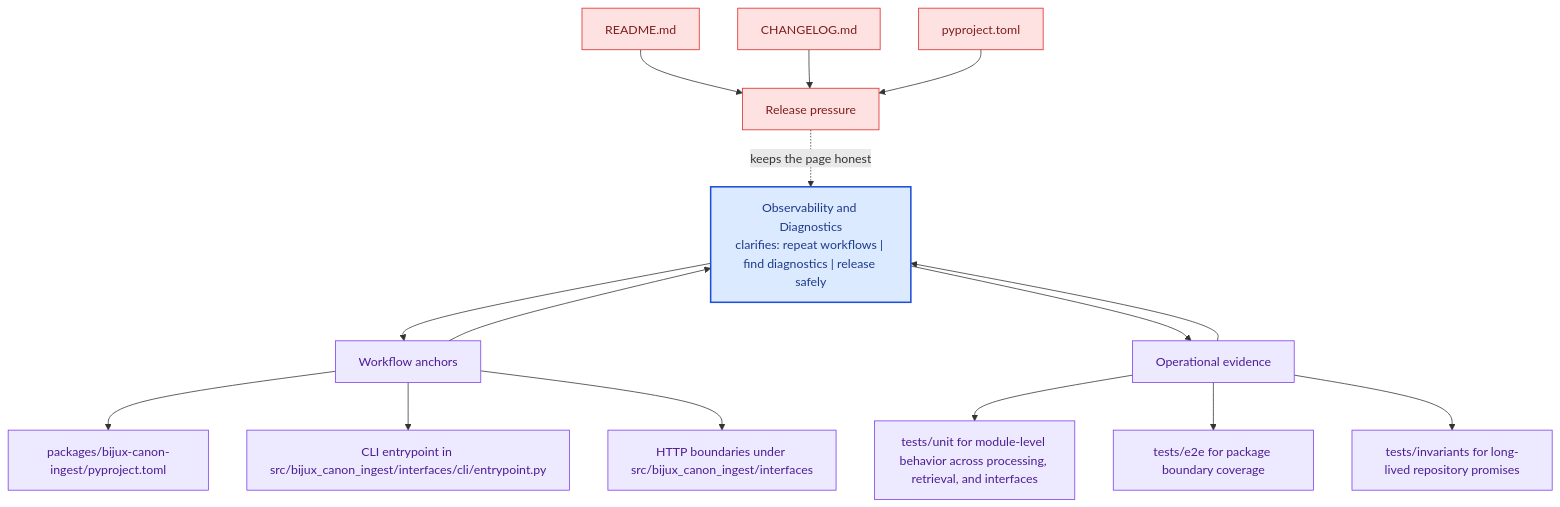
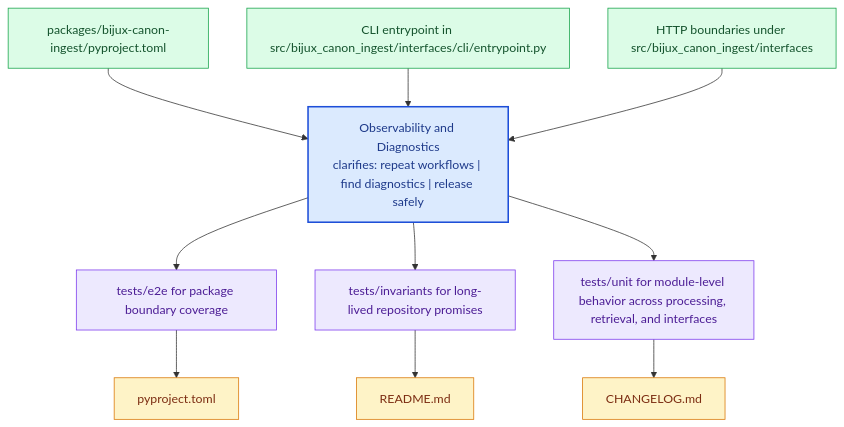
One commit to bijux/bijux-canon changed the diagram in docs/bijux-canon-ingest/operations/observability-and-diagnostics.md. Above: the diagram before and after it, drawn with Mermaid. The commit also changed other lines of this file and 281 other files, not shown here.

Commit message:
docs(diagrams): replace repeated mermaid scaffolds with page-specific summaries

````diff
--- a/docs/bijux-canon-ingest/operations/observability-and-diagnostics.md
+++ b/docs/bijux-canon-ingest/operations/observability-and-diagnostics.md
@@ -66,41 +21,31 @@
 ```mermaid
 flowchart TB
-    promise["Observability and Diagnostics<br/>clarifies: repeat workflows | find diagnostics | release safely"]
-    classDef promise fill:#dbeafe,stroke:#1d4ed8,color:#1e3a8a,stroke-width:2px;
-    classDef driver fill:#dcfce7,stroke:#16a34a,color:#14532d;
-    classDef constraint fill:#fee2e2,stroke:#dc2626,color:#7f1d1d;
-    classDef ground fill:#ede9fe,stroke:#7c3aed,color:#4c1d95;
-    focus1["Workflow anchors"]
-    focus1 --> promise
-    promise --> focus1
-    focus1_1["packages/bijux-canon-ingest/pyproject.toml"]
-    focus1 --> focus1_1
-    focus1_2["CLI entrypoint in src/bijux_canon_ingest/interfaces/cli/entrypoint.py"]
-    focus1 --> focus1_2
-    focus1_3["HTTP boundaries under src/bijux_canon_ingest/interfaces"]
-    focus1 --> focus1_3
-    class focus1 ground;
-    class focus1_1,focus1_2,focus1_3 ground;
-    focus2["Operational evidence"]
-    focus2 --> promise
-    promise --> focus2
-    focus2_1["tests/unit for module-level behavior across processing, retrieval, and interfaces"]
-    focus2 --> focus2_1
-    focus2_2["tests/e2e for package boundary coverage"]
-    focus2 --> focus2_2
-    focus2_3["tests/invariants for long-lived repository promises"]
-    focus2 --> focus2_3
-    class focus2 ground;
-    class focus2_1,focus2_2,focus2_3 ground;
-    focus3["Release pressure"]
-    focus3 -.keeps the page honest.-> promise
-    focus3_1["README.md"]
-    focus3_1 --> focus3
-    focus3_2["CHANGELOG.md"]
-    focus3_2 --> focus3
-    focus3_3["pyproject.toml"]
-    focus3_3 --> focus3
-    class focus3 constraint;
-    class focus3_1,focus3_2,focus3_3 constraint;
-    class promise promise;
+    page["Observability and Diagnostics<br/>clarifies: repeat workflows | find diagnostics | release safely"]
+    classDef page fill:#dbeafe,stroke:#1d4ed8,color:#1e3a8a,stroke-width:2px;
+    classDef positive fill:#dcfce7,stroke:#16a34a,color:#14532d;
+    classDef caution fill:#fee2e2,stroke:#dc2626,color:#7f1d1d;
+    classDef anchor fill:#ede9fe,stroke:#7c3aed,color:#4c1d95;
+    classDef action fill:#fef3c7,stroke:#d97706,color:#7c2d12;
+    step1["packages/bijux-canon-ingest/pyproject.toml"]
+    step1 --> page
+    step2["CLI entrypoint in src/bijux_canon_ingest/interfaces/cli/entrypoint.py"]
+    step2 --> page
+    step3["HTTP boundaries under src/bijux_canon_ingest/interfaces"]
+    step3 --> page
+    run1["tests/e2e for package boundary coverage"]
+    page --> run1
+    run2["tests/invariants for long-lived repository promises"]
+    page --> run2
+    run3["tests/unit for module-level behavior across processing, retrieval, and interfaces"]
+    page --> run3
+    release1["pyproject.toml"]
+    run1 --> release1
+    release2["README.md"]
+    run2 --> release2
+    release3["CHANGELOG.md"]
+    run3 --> release3
+    class page page;
+    class step1,step2,step3 positive;
+    class run1,run2,run3 anchor;
+    class release1,release2,release3 action;
 ```
````
